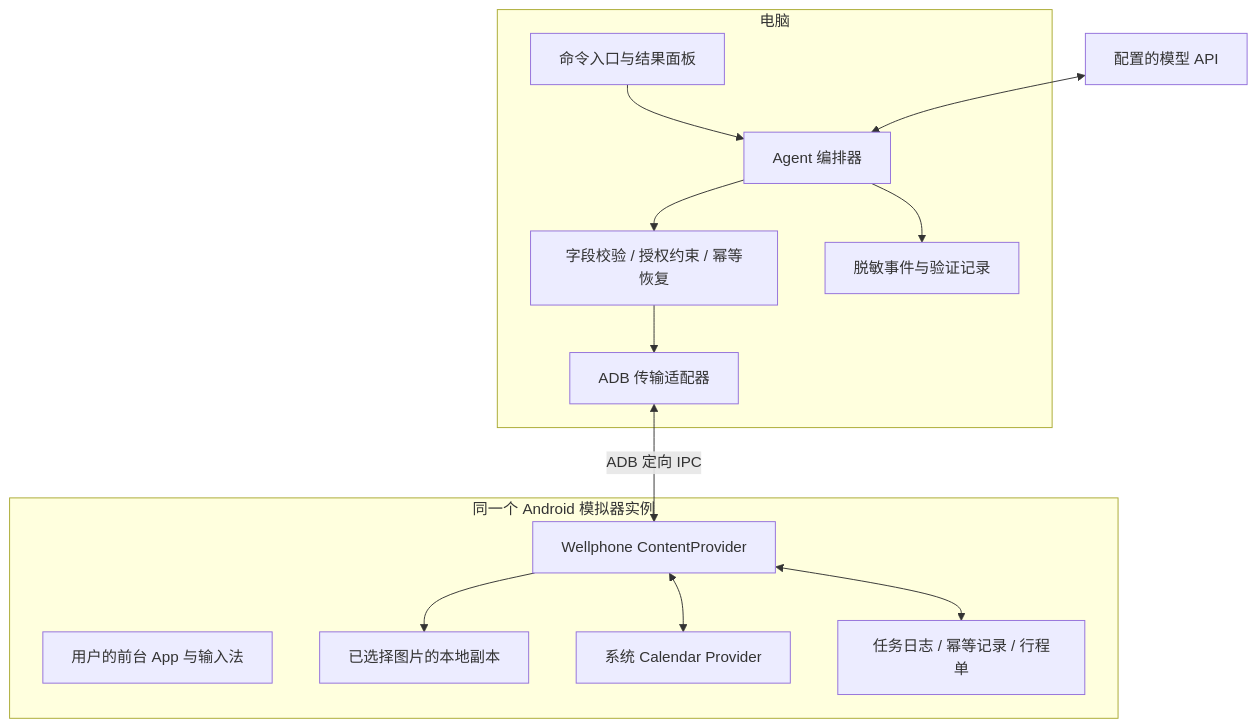
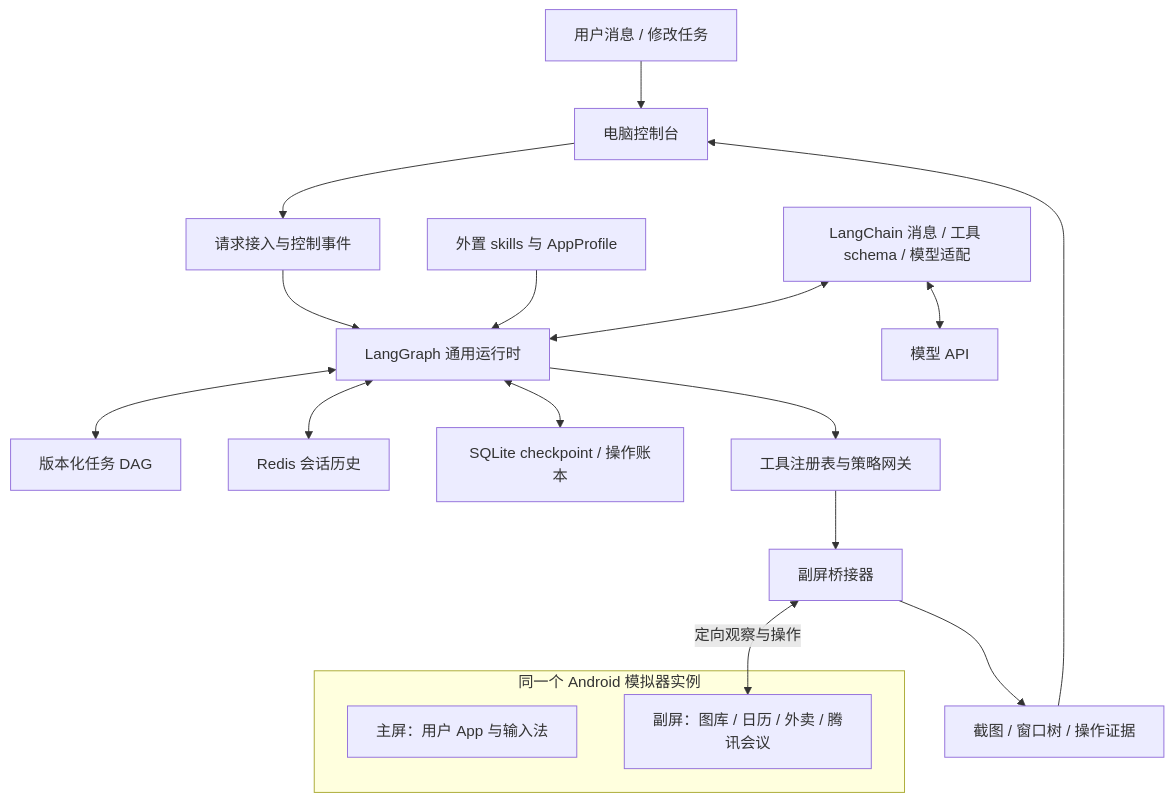
Before and after one commit to Youkinaa/wellphone: the first of 3 diagrams in docs/superpowers/specs/2026-09-21-wellphone-design.md, drawn with Mermaid. The commit also changed other lines of this file and 5 other files, not shown here.

````diff
--- a/docs/superpowers/specs/2026-09-21-wellphone-design.md
+++ b/docs/superpowers/specs/2026-09-21-wellphone-design.md
@@ -66,24 +25,21 @@
 ```mermaid
 flowchart TB
-    subgraph PC[电脑]
-        UI[命令入口与结果面板]
-        AG[Agent 编排器]
-        VA[字段校验 / 授权约束 / 幂等恢复]
-        TR[ADB 传输适配器]
-        EV[脱敏事件与验证记录]
-        UI --> AG --> VA --> TR
-        AG --> EV
+    U[用户消息 / 修改任务] --> UI[电脑控制台]
+    UI --> IN[请求接入与控制事件]
+    IN --> LG[LangGraph 通用运行时]
+    LG <--> DAG[版本化任务 DAG]
+    SK[外置 skills 与 AppProfile] --> LG
+    LC[LangChain 消息 / 工具 schema / 模型适配] <--> LG
+    LC <--> MODEL[模型 API]
+    LG <--> HISTORY[Redis 会话历史]
+    LG <--> STATE[SQLite checkpoint / 操作账本]
+    LG --> GW[工具注册表与策略网关]
+    GW --> BR[副屏桥接器]
+    subgraph AVD[同一个 Android 模拟器实例]
+        MAIN[主屏：用户 App 与输入法]
+        VD[副屏：图库 / 日历 / 外卖 / 腾讯会议]
     end
-    LLM[配置的模型 API] <--> AG
-    subgraph PHONE[同一个 Android 模拟器实例]
-        FRONT[用户的前台 App 与输入法]
-        CP[Wellphone ContentProvider]
-        IMG[已选择图片的本地副本]
-        CAL[系统 Calendar Provider]
-        DB[任务日志 / 幂等记录 / 行程单]
-        CP --> IMG
-        CP <--> CAL
-        CP <--> DB
-    end
-    TR <-->|ADB 定向 IPC| CP
+    BR <-->|定向观察与操作| VD
+    BR --> ART[截图 / 窗口树 / 操作证据]
+    ART --> UI
 ```
````
